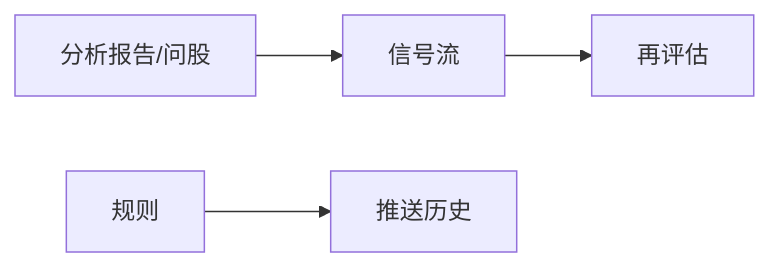
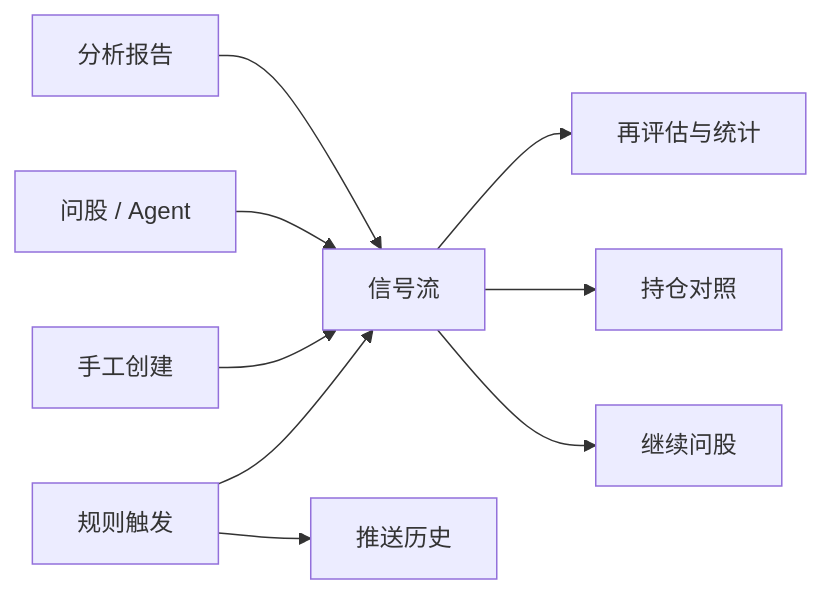
One commit to SiinXu/stock-pulse-ai changed the first of 5 diagrams in docs/ui-manual/06-signals.md. Above: the diagram before and after it, drawn with Mermaid. The commit also changed other lines of this file and 73 other files, not shown here.

First line of the commit message:
docs(ui-manual): deepen modules with scenarios, tone pass, and figure placeholders

````diff
--- a/docs/ui-manual/06-signals.md
+++ b/docs/ui-manual/06-signals.md
@@ -45,6 +27,11 @@
 ```mermaid
 flowchart LR
-  报告[分析报告/问股] --> 信号流
-  规则 --> 推送历史
-  信号流 --> 再评估
+  A[分析报告] --> F[信号流]
+  Q[问股 / Agent] --> F
+  M[手工创建] --> F
+  R[规则触发] --> H[推送历史]
+  R --> F
+  F --> V[再评估与统计]
+  F --> P[持仓对照]
+  F --> C[继续问股]
 ```
````
